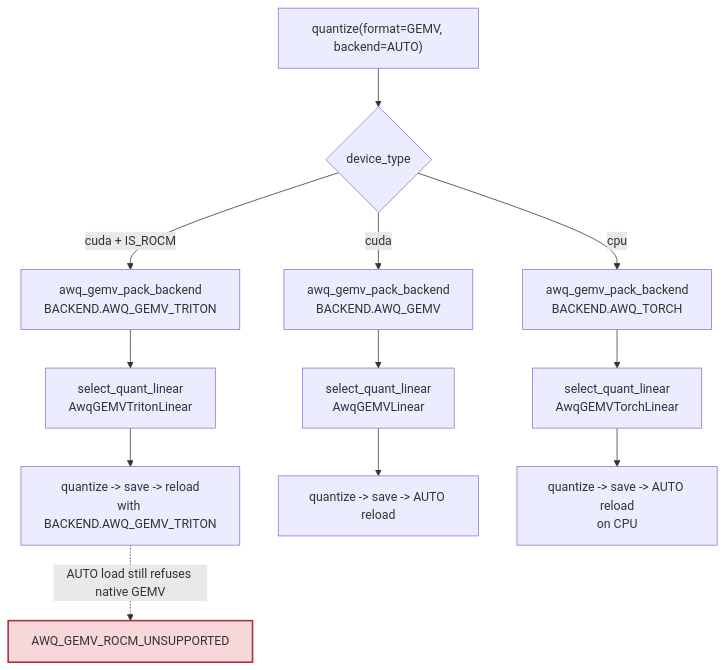
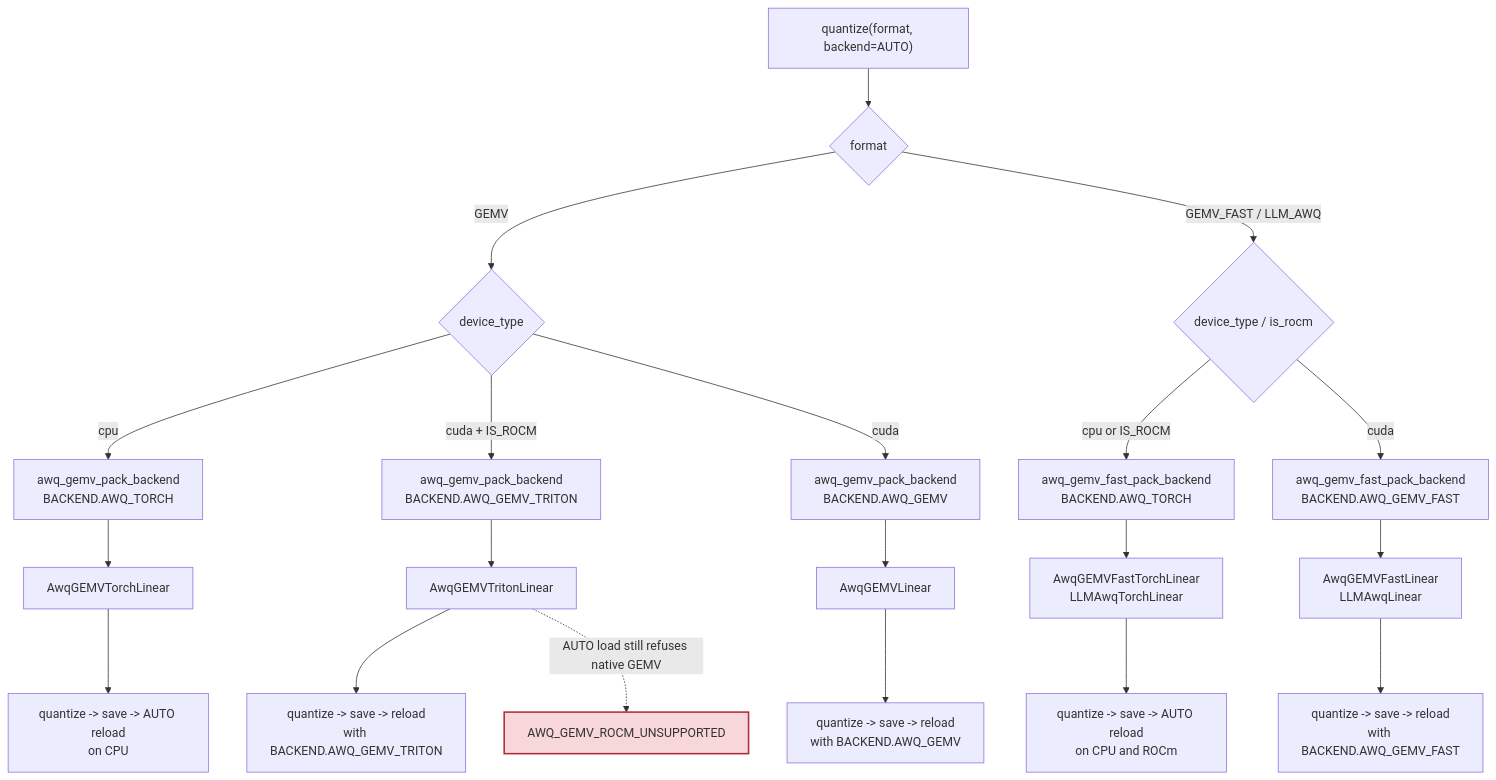
Before and after one commit to ModelCloud/GPTQModel: the first of 6 diagrams in docs/rocm-rdna4.md, drawn with Mermaid. The commit also changed other lines of this file and 14 other files, not shown here.

````diff
--- a/docs/rocm-rdna4.md
+++ b/docs/rocm-rdna4.md
@@ -71,15 +78,23 @@
 ```mermaid
 flowchart TD
-    A["quantize(format=GEMV, backend=AUTO)"] --> B{"device_type"}
-    B -- "cpu" --> J["awq_gemv_pack_backend<br/>BACKEND.AWQ_TORCH"]
-    B -- "cuda + IS_ROCM" --> C["awq_gemv_pack_backend<br/>BACKEND.AWQ_GEMV_TRITON"]
-    B -- "cuda" --> D["awq_gemv_pack_backend<br/>BACKEND.AWQ_GEMV"]
-    C --> E["select_quant_linear<br/>AwqGEMVTritonLinear"]
-    D --> F["select_quant_linear<br/>AwqGEMVLinear"]
-    J --> K["select_quant_linear<br/>AwqGEMVTorchLinear"]
-    E --> G["quantize -> save -> reload<br/>with BACKEND.AWQ_GEMV_TRITON"]
-    F --> H["quantize -> save -> AUTO reload"]
-    K --> L["quantize -> save -> AUTO reload<br/>on CPU"]
-    G -. "AUTO load still refuses native GEMV" .-> I["AWQ_GEMV_ROCM_UNSUPPORTED"]
-    style I fill:#f8d7da,stroke:#b02a37,stroke-width:2px
+    A["quantize(format, backend=AUTO)"] --> B{"format"}
+    B -- "GEMV" --> C{"device_type"}
+    B -- "GEMV_FAST / LLM_AWQ" --> F{"device_type / is_rocm"}
+    C -- "cpu" --> J["awq_gemv_pack_backend<br/>BACKEND.AWQ_TORCH"]
+    C -- "cuda + IS_ROCM" --> K["awq_gemv_pack_backend<br/>BACKEND.AWQ_GEMV_TRITON"]
+    C -- "cuda" --> L["awq_gemv_pack_backend<br/>BACKEND.AWQ_GEMV"]
+    F -- "cpu or IS_ROCM" --> M["awq_gemv_fast_pack_backend<br/>BACKEND.AWQ_TORCH"]
+    F -- "cuda" --> N["awq_gemv_fast_pack_backend<br/>BACKEND.AWQ_GEMV_FAST"]
+    J --> J2["AwqGEMVTorchLinear"]
+    K --> K2["AwqGEMVTritonLinear"]
+    L --> L2["AwqGEMVLinear"]
+    M --> M2["AwqGEMVFastTorchLinear<br/>LLMAwqTorchLinear"]
+    N --> N2["AwqGEMVFastLinear<br/>LLMAwqLinear"]
+    J2 --> P["quantize -> save -> AUTO reload<br/>on CPU"]
+    M2 --> Q["quantize -> save -> AUTO reload<br/>on CPU and ROCm"]
+    K2 --> R["quantize -> save -> reload<br/>with BACKEND.AWQ_GEMV_TRITON"]
+    L2 --> S["quantize -> save -> reload<br/>with BACKEND.AWQ_GEMV"]
+    N2 --> T["quantize -> save -> reload<br/>with BACKEND.AWQ_GEMV_FAST"]
+    K2 -. "AUTO load still refuses native GEMV" .-> U["AWQ_GEMV_ROCM_UNSUPPORTED"]
+    style U fill:#f8d7da,stroke:#b02a37,stroke-width:2px
 ```
````
